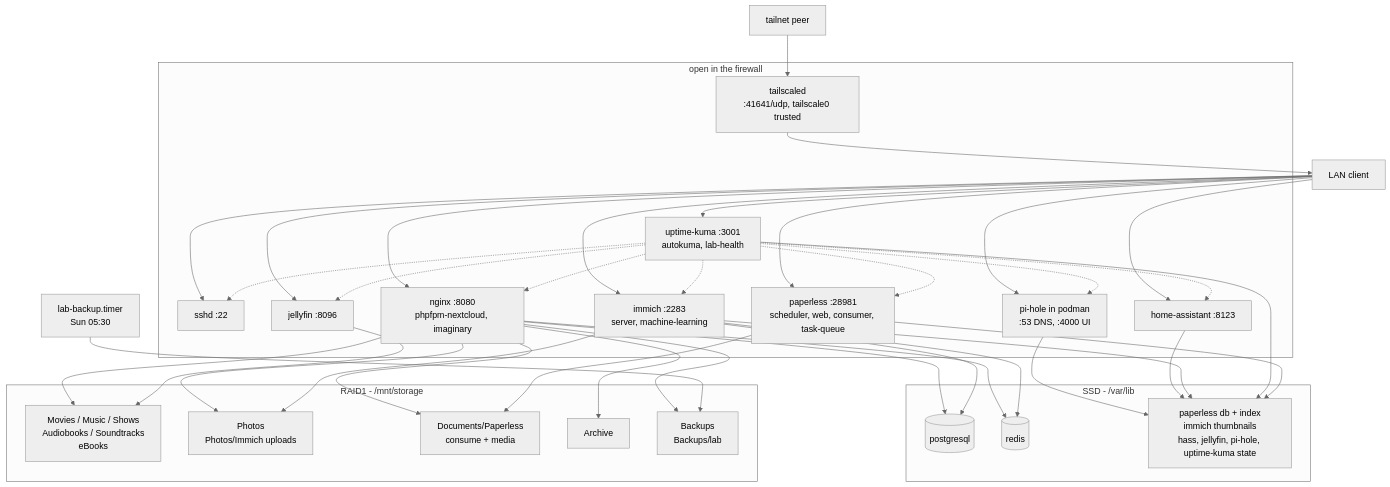
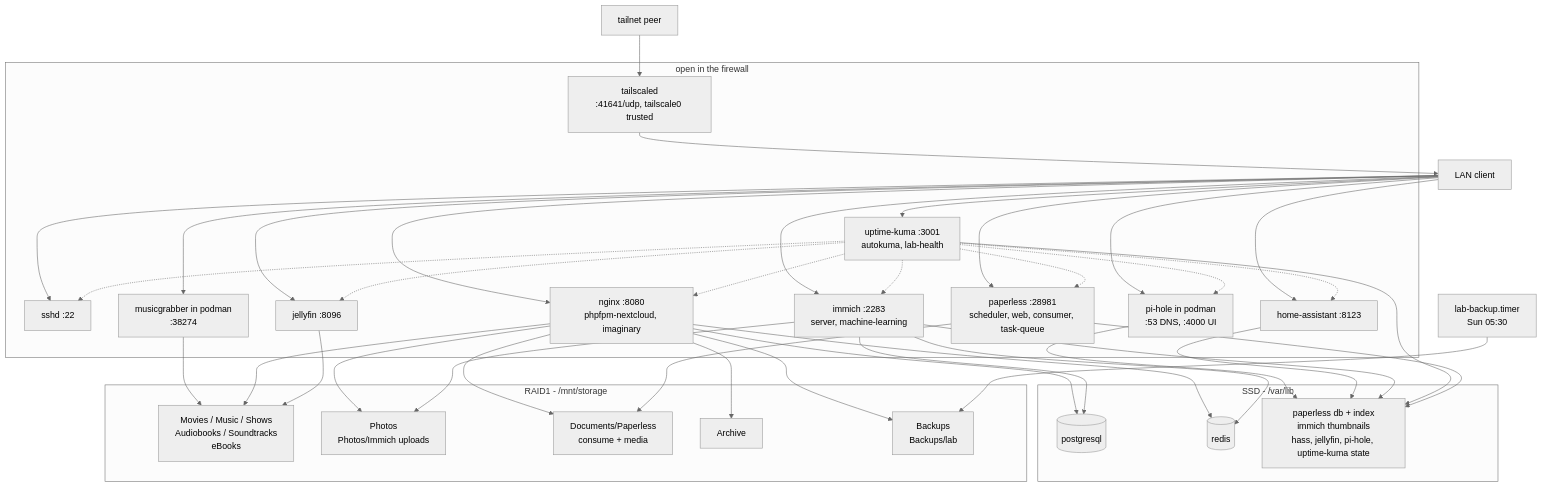
Before and after one commit to antonkesy/home-server: the second of 2 diagrams in README.md, drawn with Mermaid (neutral theme). The commit also changed other lines of this file and 8 other files, not shown here.

````diff
--- a/README.md
+++ b/README.md
@@ -48,46 +49,48 @@
 ```mermaid
 flowchart TD
   client["LAN client"]
 
   subgraph fw["open in the firewall"]
     ssh["sshd :22"]
     ts["tailscaled<br>:41641/udp, tailscale0 trusted"]
     ph["pi-hole in podman<br>:53 DNS, :4000 UI"]
     has["home-assistant :8123"]
     ncb["nginx :8080<br>phpfpm-nextcloud, imaginary"]
     jfb["jellyfin :8096"]
     plb["paperless :28981<br>scheduler, web, consumer, task-queue"]
     imb["immich :2283<br>server, machine-learning"]
     ukb["uptime-kuma :3001<br>autokuma, lab-health"]
+    mgb["musicgrabber in podman<br>:38274"]
   end
 
   subgraph ssdg["SSD - /var/lib"]
     pg[("postgresql")]
     rd[("redis")]
     st["paperless db + index<br>immich thumbnails<br>hass, jellyfin, pi-hole, uptime-kuma state"]
   end
 
   subgraph raid["RAID1 - /mnt/storage"]
     med["Movies / Music / Shows<br>Audiobooks / Soundtracks<br>eBooks"]
     pho["Photos<br>Photos/Immich uploads"]
     doc["Documents/Paperless<br>consume + media"]
     arc["Archive"]
     bak["Backups<br>Backups/lab"]
   end
 
   client --> ssh & ph & has
   remote["tailnet peer"] --> ts --> client
-  client --> ncb & jfb & plb & imb & ukb
+  client --> ncb & jfb & plb & imb & ukb & mgb
+  mgb --> med
   ph --> st
   has --> st
   ncb --> pg & rd
   ncb --> med & pho & doc & arc & bak
   jfb --> med
   imb --> pg & rd & st
   imb --> pho
   ukb --> st
   ukb -.-> ssh & ph & has & ncb & jfb & plb & imb
   plb --> doc
   plb --> st
   tb["lab-backup.timer<br>Sun 05:30"] --> bak
 ```
````
